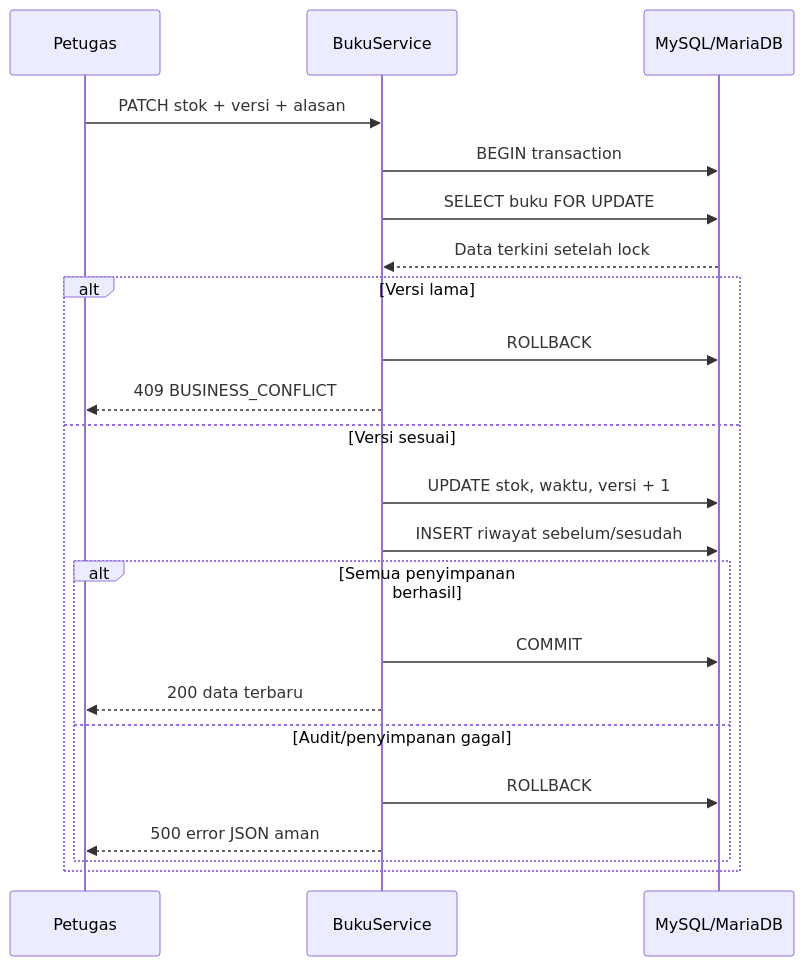
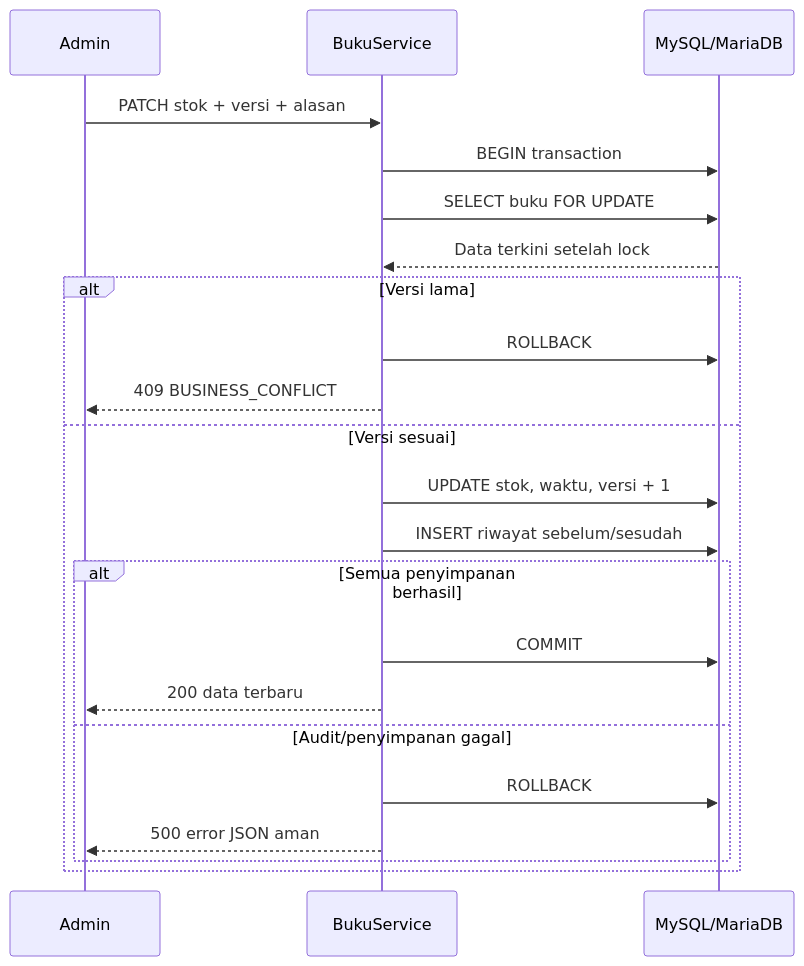
One commit to bilaalmuhammad1030/uts-web-service-perpustakaan-kelompok-2 changed the third of 3 diagrams in docs/bahan-laporan.md. Above: the diagram before and after it, drawn with Mermaid. The commit also changed other lines of this file and 68 other files, not shown here.

````diff
--- a/docs/bahan-laporan.md
+++ b/docs/bahan-laporan.md
@@ -142,24 +142,24 @@
 ```mermaid
 sequenceDiagram
-    participant P as Petugas
+    participant P as Admin
     participant S as BukuService
     participant DB as MySQL/MariaDB
     P->>S: PATCH stok + versi + alasan
     S->>DB: BEGIN transaction
     S->>DB: SELECT buku FOR UPDATE
     DB-->>S: Data terkini setelah lock
     alt Versi lama
         S->>DB: ROLLBACK
         S-->>P: 409 BUSINESS_CONFLICT
     else Versi sesuai
         S->>DB: UPDATE stok, waktu, versi + 1
         S->>DB: INSERT riwayat sebelum/sesudah
         alt Semua penyimpanan berhasil
             S->>DB: COMMIT
             S-->>P: 200 data terbaru
         else Audit/penyimpanan gagal
             S->>DB: ROLLBACK
             S-->>P: 500 error JSON aman
         end
     end
 ```
````
